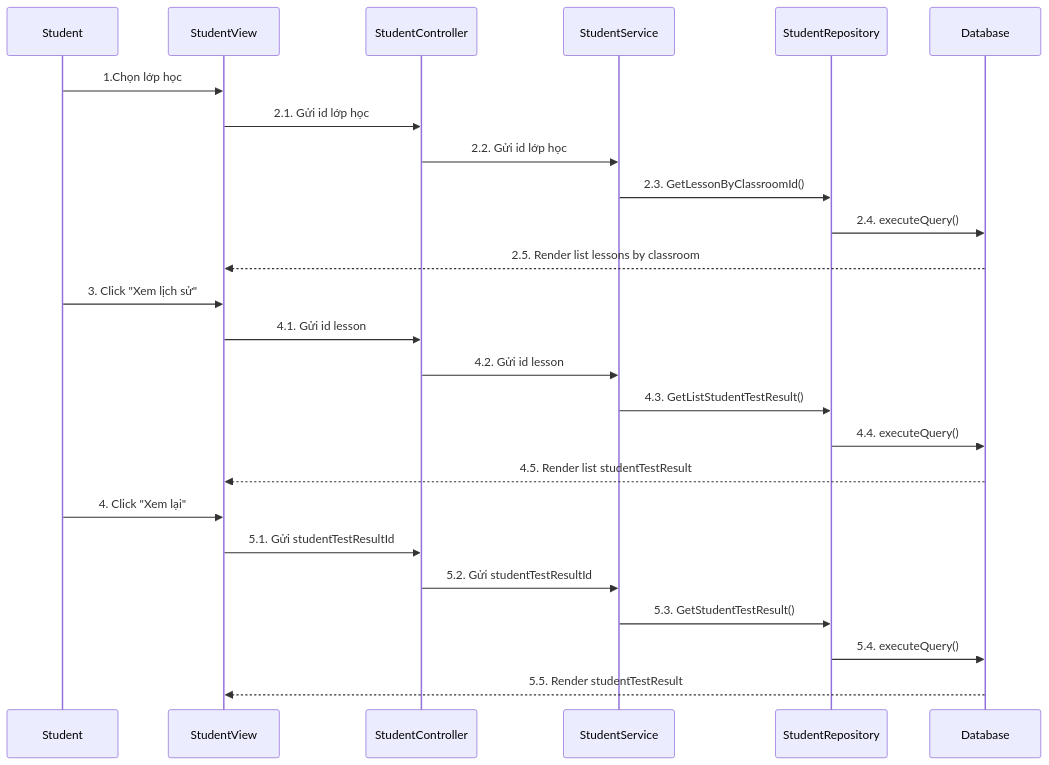
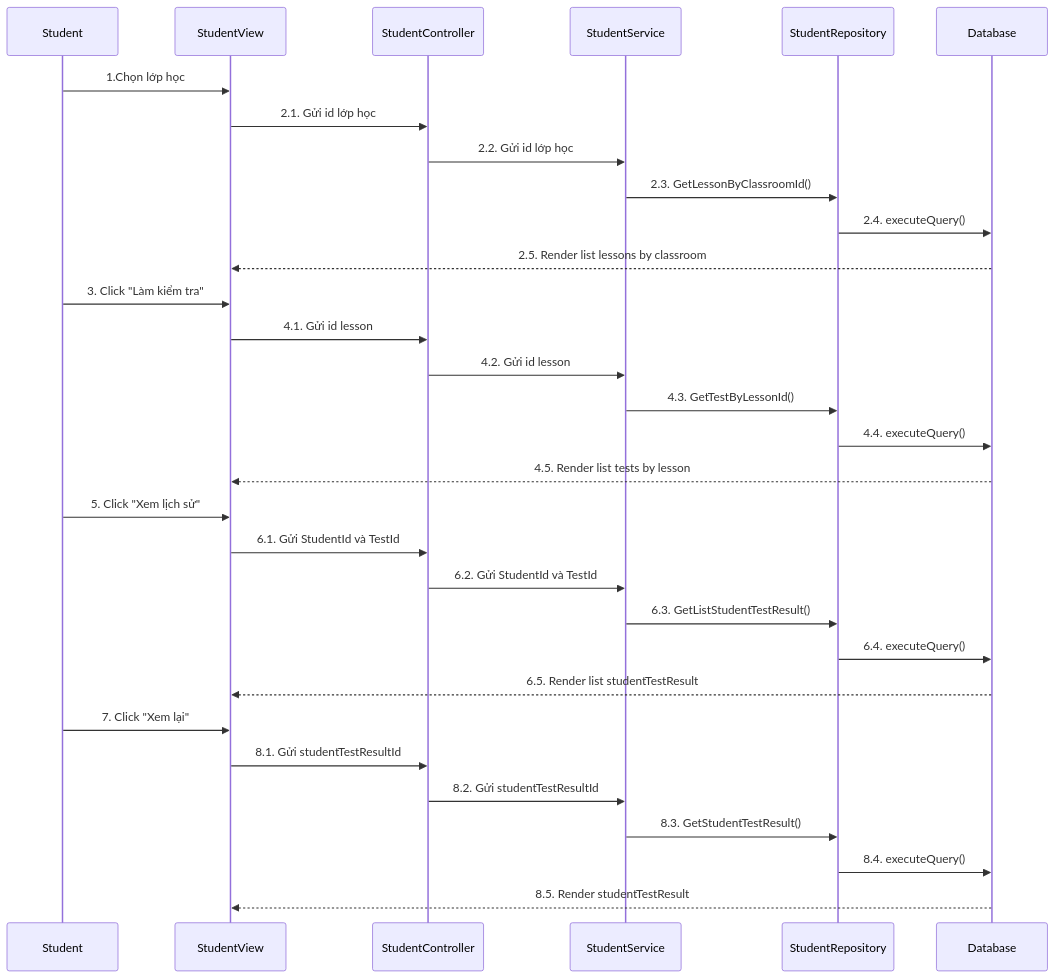
One commit to LienNTB/sequence-CNPM changed the diagram in sequence/student/Sequence-2-2.HocVienXemLichSuBaiKiemTra.mmd. Above: the diagram before and after it, drawn with Mermaid. The commit also changed other lines of this file, not shown here.

Commit message:
sửa file học viên xem lịch sử bài kiểm tra thêm click làm bài kiểm tra

```diff
--- a/sequence/student/Sequence-2-2.HocVienXemLichSuBaiKiemTra.mmd
+++ b/sequence/student/Sequence-2-2.HocVienXemLichSuBaiKiemTra.mmd
@@ -1,31 +1,39 @@
 sequenceDiagram
     participant Student
     participant StudentView
     participant StudentController
     participant StudentService
     participant StudentRepository
     participant Database
 
     Student->>StudentView: 1.Chọn lớp học
     StudentView->>StudentController: 2.1. Gửi id lớp học
     StudentController->>StudentService: 2.2. Gửi id lớp học
     StudentService->>StudentRepository: 2.3. GetLessonByClassroomId()
     StudentRepository->>Database: 2.4. executeQuery()
 
     Database-->>StudentView: 2.5. Render list lessons by classroom
     
-    Student->>StudentView: 3. Click "Xem lịch sử"
+    Student->>StudentView: 3. Click "Làm kiểm tra"
     StudentView->>StudentController: 4.1. Gửi id lesson
     StudentController->>StudentService: 4.2. Gửi id lesson
-    StudentService->>StudentRepository: 4.3. GetListStudentTestResult()
+    StudentService->>StudentRepository: 4.3. GetTestByLessonId()
     StudentRepository->>Database: 4.4. executeQuery()
 
-    Database-->>StudentView: 4.5. Render list studentTestResult
+    Database-->>StudentView: 4.5. Render list tests by lesson
+  
+    Student->>StudentView: 5. Click "Xem lịch sử"
+    StudentView->>StudentController: 6.1. Gửi StudentId và TestId
+    StudentController->>StudentService: 6.2. Gửi StudentId và TestId
+    StudentService->>StudentRepository: 6.3. GetListStudentTestResult()
+    StudentRepository->>Database: 6.4. executeQuery()
 
-    Student->>StudentView: 4. Click "Xem lại"
-    StudentView->>StudentController: 5.1. Gửi studentTestResultId
-    StudentController->>StudentService: 5.2. Gửi studentTestResultId
-    StudentService->>StudentRepository: 5.3. GetStudentTestResult()
-    StudentRepository->>Database: 5.4. executeQuery()
+    Database-->>StudentView: 6.5. Render list studentTestResult
 
-    Database-->>StudentView: 5.5. Render  studentTestResult
+    Student->>StudentView: 7. Click "Xem lại"
+    StudentView->>StudentController: 8.1. Gửi studentTestResultId
+    StudentController->>StudentService: 8.2. Gửi studentTestResultId
+    StudentService->>StudentRepository: 8.3. GetStudentTestResult()
+    StudentRepository->>Database: 8.4. executeQuery()
+
+    Database-->>StudentView: 8.5. Render  studentTestResult
```
